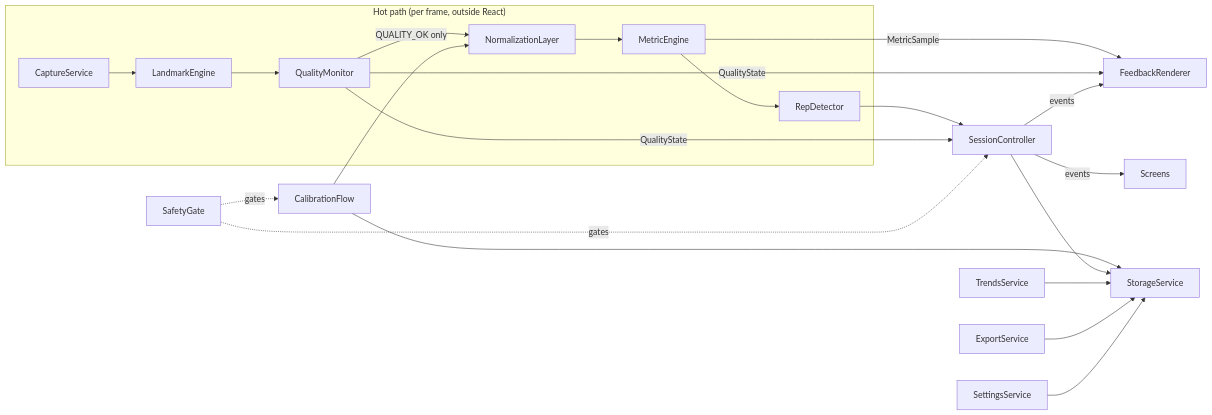
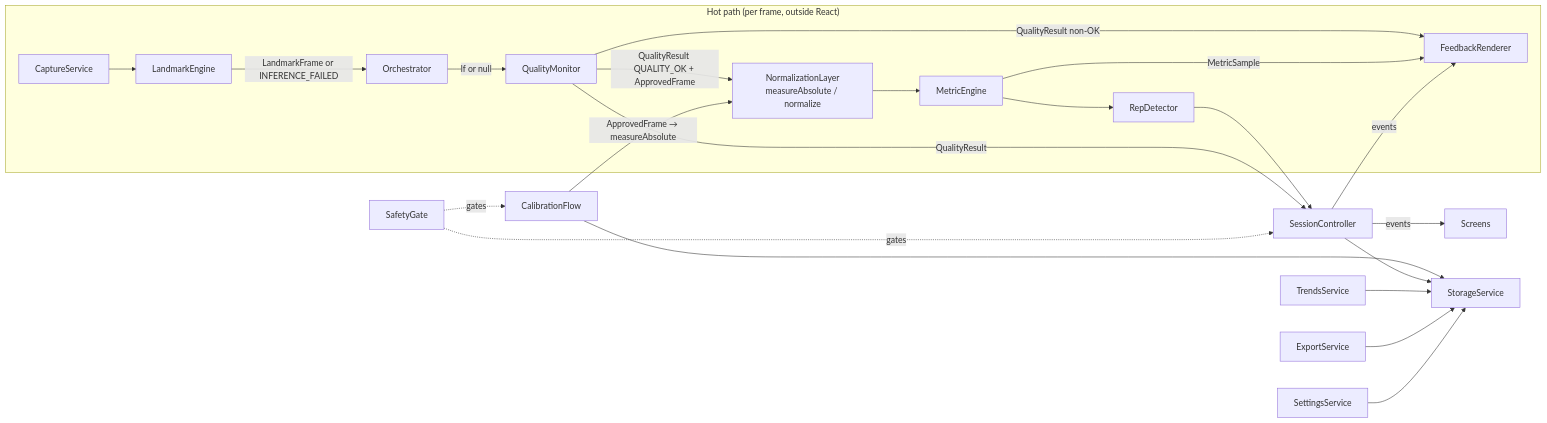
One commit to Helixo613/MirrorWell changed the diagram in docs/BACKEND.md. Above: the diagram before and after it, drawn with Mermaid. The commit also changed other lines of this file and 6 other files, not shown here.

````diff
--- a/docs/BACKEND.md
+++ b/docs/BACKEND.md
@@ -143,16 +154,20 @@
 ```mermaid
 flowchart LR
     subgraph hot["Hot path (per frame, outside React)"]
-        CS[CaptureService] --> LE[LandmarkEngine] --> QM[QualityMonitor]
-        QM -->|QUALITY_OK only| NL[NormalizationLayer] --> ME[MetricEngine] --> RD[RepDetector]
+        CS[CaptureService] --> LE[LandmarkEngine]
+        LE -->|LandmarkFrame or INFERENCE_FAILED| ORCH[Orchestrator]
+        ORCH -->|lf or null| QM[QualityMonitor]
+        QM -->|QualityResult QUALITY_OK + ApprovedFrame| NL[NormalizationLayer\nmeasureAbsolute / normalize]
+        QM -->|QualityResult non-OK| FR[FeedbackRenderer]
+        NL --> ME[MetricEngine] --> RD[RepDetector]
     end
     RD --> SC[SessionController]
-    QM -->|QualityState| SC
-    ME -->|MetricSample| FR[FeedbackRenderer]
-    QM -->|QualityState| FR
+    QM -->|QualityResult| SC
+    ME -->|MetricSample| FR
     SC -->|events| FR & UI[Screens]
     SG[SafetyGate] -.gates.-> SC & CF[CalibrationFlow]
-    CF --> NL & SS[StorageService]
+    CF -->|ApprovedFrame → measureAbsolute| NL
+    CF --> SS[StorageService]
     SC --> SS
     TS[TrendsService] & ES[ExportService] & SET[SettingsService] --> SS
 ```
````
